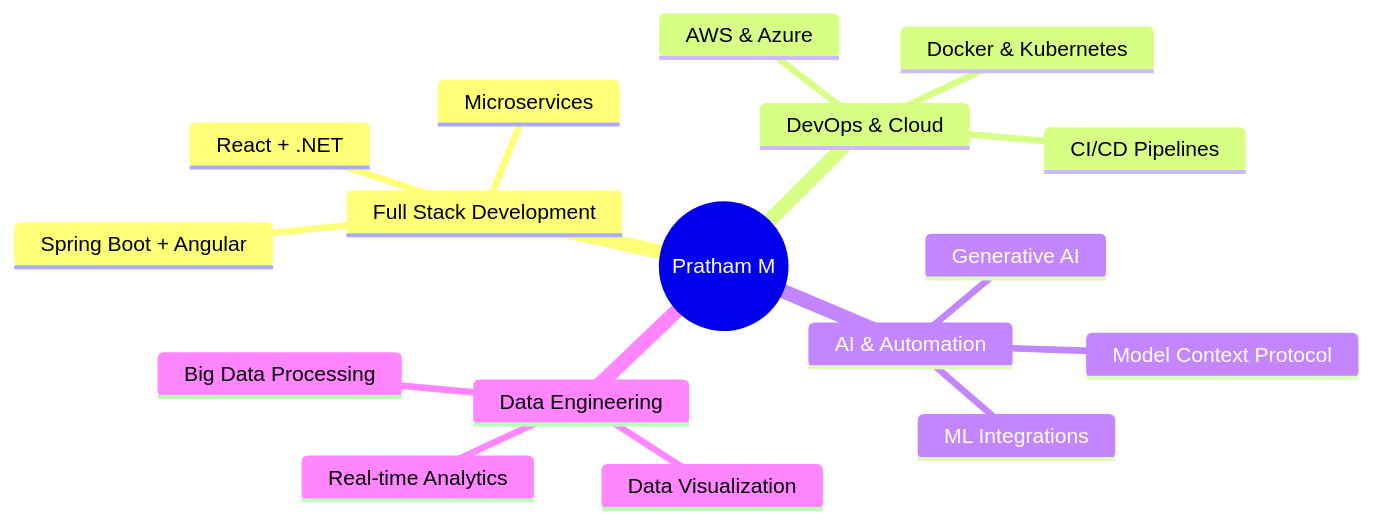
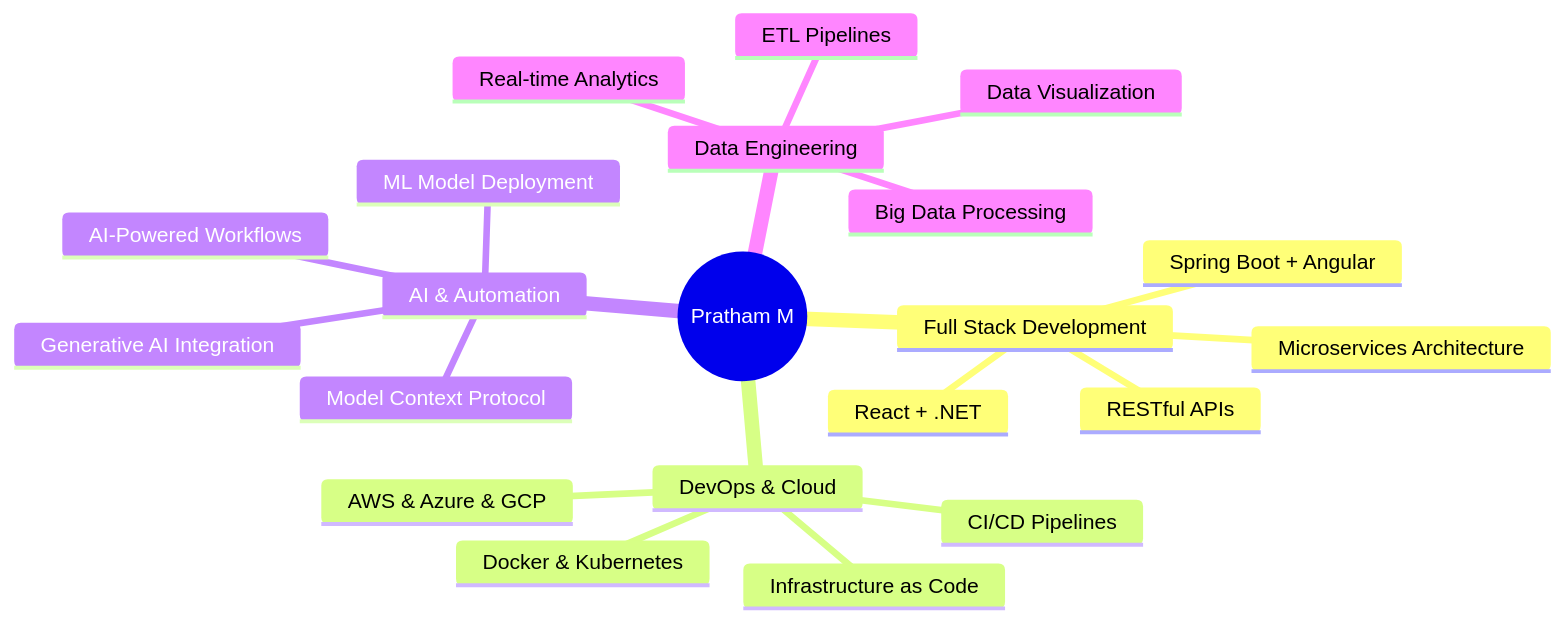
The diagram in README.md (PrathamM16/PrathamM16), drawn with Mermaid before and after one commit. The commit also changed other lines of this file, not shown here.

````diff
--- a/README.md
+++ b/README.md
@@ -226,20 +348,24 @@
 ```mermaid
 mindmap
   root((Pratham M))
     Full Stack Development
       React + .NET
       Spring Boot + Angular
-      Microservices
+      Microservices Architecture
+      RESTful APIs
     DevOps & Cloud
       CI/CD Pipelines
       Docker & Kubernetes
-      AWS & Azure
+      AWS & Azure & GCP
+      Infrastructure as Code
     AI & Automation
       Model Context Protocol
-      Generative AI
-      ML Integrations
+      Generative AI Integration
+      ML Model Deployment
+      AI-Powered Workflows
     Data Engineering
       Real-time Analytics
       Data Visualization
       Big Data Processing
+      ETL Pipelines
 ```
````
